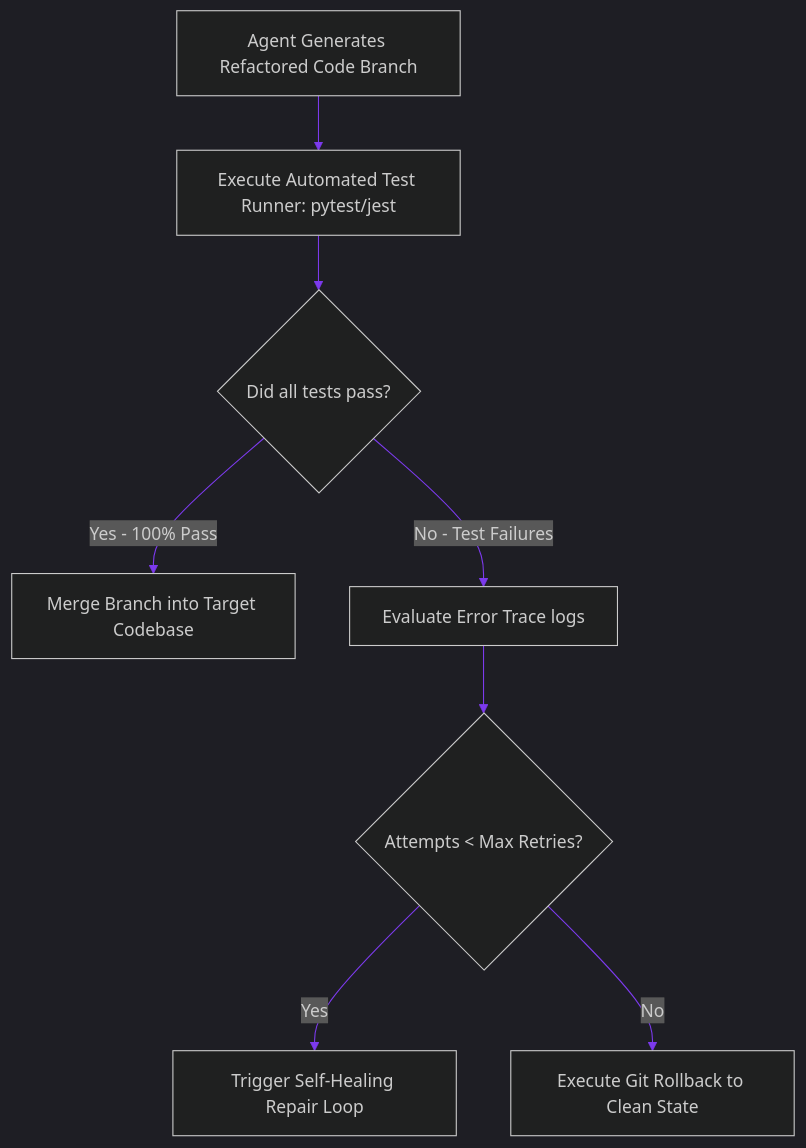
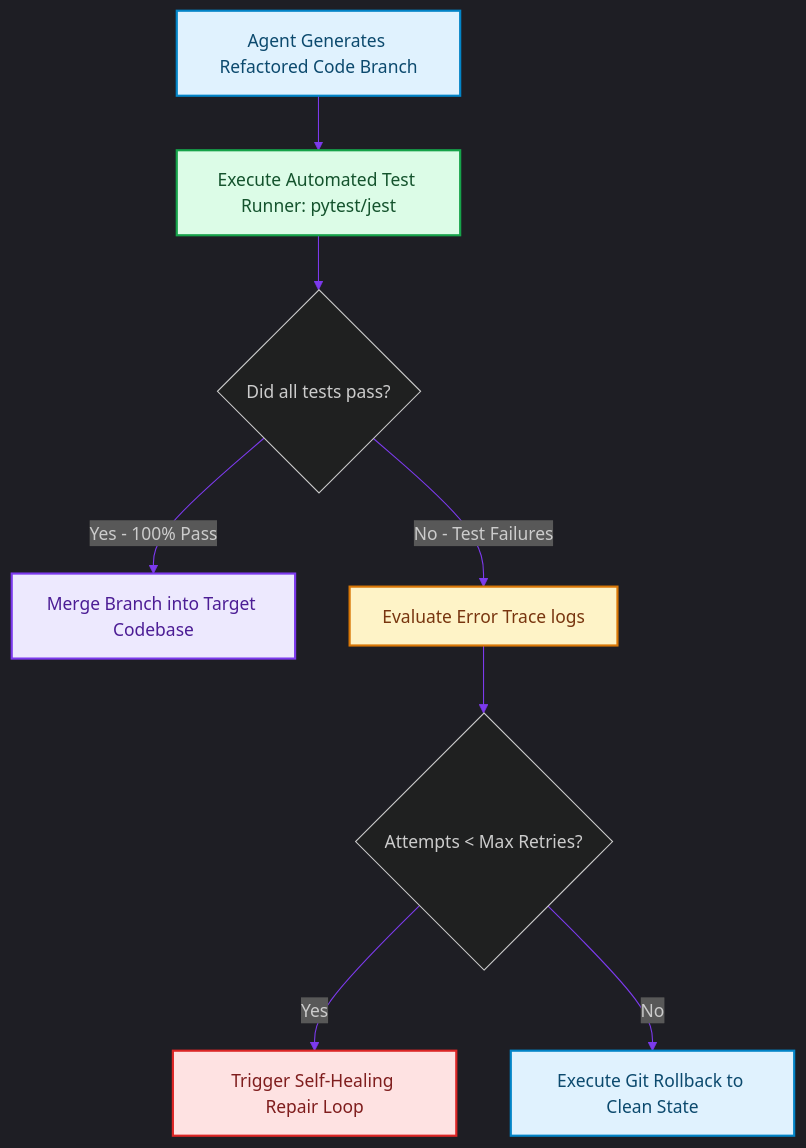
One commit to akmalkhaniub/akmalkhaniub.github.io changed the diagram in blog/posts/autocoding-automated-regression-verification-rollbacks.md. Above: the diagram before and after it, drawn with Mermaid. The commit also changed other lines of this file and 1291 other files, not shown here.

First line of the commit message:
feat(catalog): unique covers, scholarly references, and diagram palettes

````diff
--- a/blog/posts/autocoding-automated-regression-verification-rollbacks.md
+++ b/blog/posts/autocoding-automated-regression-verification-rollbacks.md
@@ -16,14 +16,25 @@
 ```mermaid
 %%{init: {'theme': 'dark', 'themeVariables': { 'primaryColor': '#7c3aed', 'primaryTextColor': '#f3f4f6', 'primaryBorderColor': '#a78bfa', 'lineColor': '#7c3aed', 'secondaryColor': '#111827', 'tertiaryColor': '#0b0f19'}}}%%
 flowchart TD
-    Refactor[Agent Generates Refactored Code Branch] --> TestRunner[Execute Automated Test Runner: pytest/jest]
+    Refactor["Agent Generates Refactored Code Branch"] --> TestRunner["Execute Automated Test Runner: pytest/jest"]
     
     TestRunner --> Intercept{Did all tests pass?}
     
-    Intercept -->|Yes - 100% Pass| Merge[Merge Branch into Target Codebase]
-    Intercept -->|No - Test Failures| Evaluate[Evaluate Error Trace logs]
+    Intercept -->|Yes - 100% Pass| Merge["Merge Branch into Target Codebase"]
+    Intercept -->|No - Test Failures| Evaluate["Evaluate Error Trace logs"]
     
     Evaluate --> Retry{Attempts < Max Retries?}
-    Retry -->|Yes| Heal[Trigger Self-Healing Repair Loop]
-    Retry -->|No| Rollback[Execute Git Rollback to Clean State]
+    Retry -->|Yes| Heal["Trigger Self-Healing Repair Loop"]
+    Retry -->|No| Rollback["Execute Git Rollback to Clean State"]
+
+classDef green fill:#dcfce7,stroke:#16a34a,stroke-width:2px,color:#14532d;
+classDef red fill:#fee2e2,stroke:#dc2626,stroke-width:2px,color:#7f1d1d;
+classDef blue fill:#e0f2fe,stroke:#0284c7,stroke-width:2px,color:#0c4a6e;
+classDef yellow fill:#fef3c7,stroke:#d97706,stroke-width:2px,color:#78350f;
+classDef purple fill:#ede9fe,stroke:#7c3aed,stroke-width:2px,color:#4c1d95;
+class Refactor,Rollback blue
+class TestRunner green
+class Merge purple
+class Evaluate yellow
+class Heal red
 ```
````
